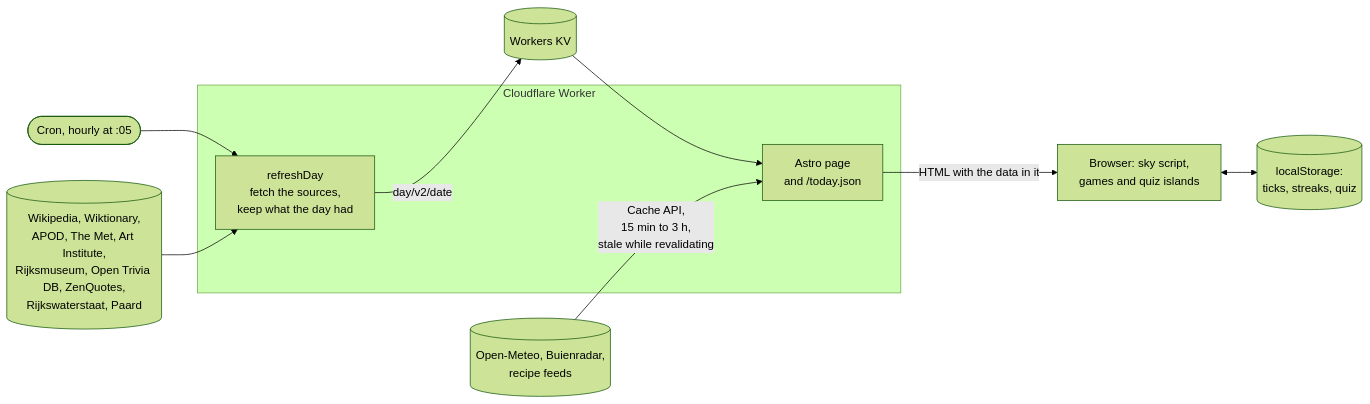
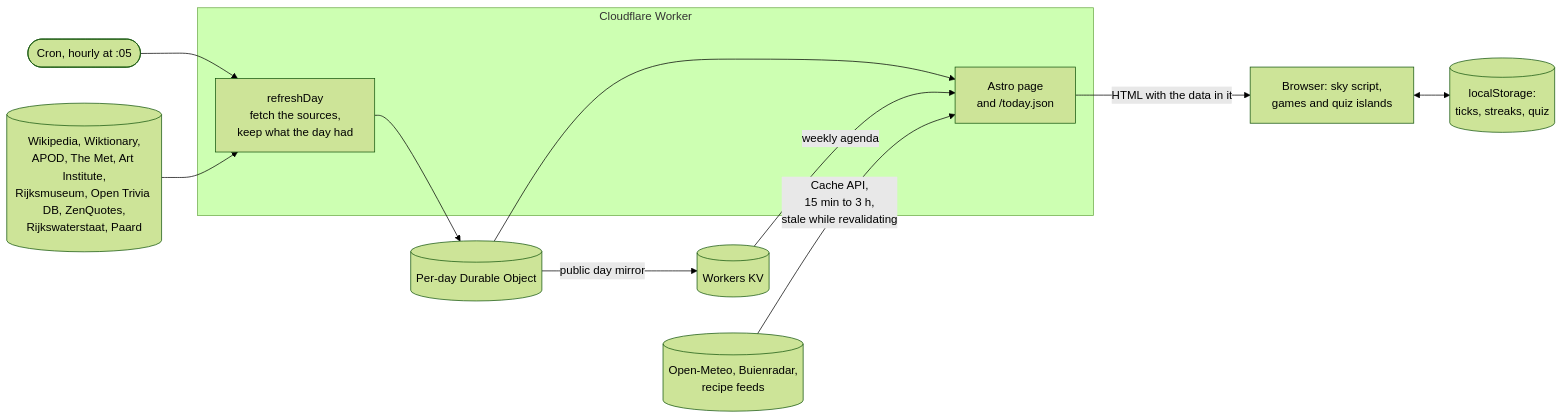
The diagram in README.md (simonvanlierde/duinlab-today), drawn with Mermaid (forest theme) before and after one commit. The commit also changed other lines of this file and 27 other files, not shown here.

````diff
--- a/README.md
+++ b/README.md
@@ -20,14 +21,16 @@
 ```mermaid
 flowchart LR
   cron(["Cron, hourly at :05"]) --> build
   subgraph worker["Cloudflare Worker"]
     build["refreshDay<br/>fetch the sources,<br/>keep what the day had"]
     page["Astro page<br/>and /today.json"]
   end
   sources[("Wikipedia, Wiktionary,<br/>APOD, The Met, Art Institute,<br/>Rijksmuseum, Open Trivia DB, ZenQuotes,<br/>Rijkswaterstaat, Paard")] --> build
-  build -- "day/v2/date" --> kv[("Workers KV")]
-  kv --> page
+  build --> owner[("Per-day Durable Object")]
+  owner --> page
+  owner -- "public day mirror" --> kv[("Workers KV")]
+  kv -- "weekly agenda" --> page
   live[("Open-Meteo, Buienradar,<br/>recipe feeds")] -- "Cache API,<br/>15 min to 3 h,<br/>stale while revalidating" --> page
   page -- "HTML with the data in it" --> browser["Browser: sky script,<br/>games and quiz islands"]
   browser <--> ls[("localStorage:<br/>ticks, streaks, quiz")]
 ```
````
